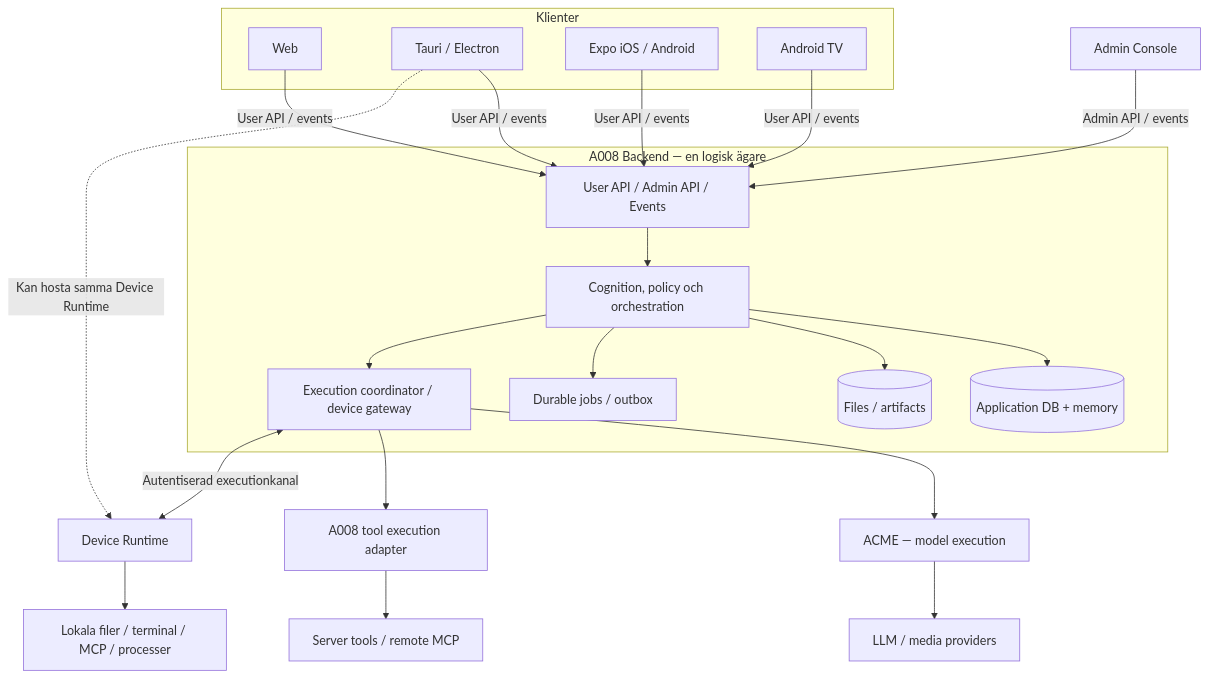
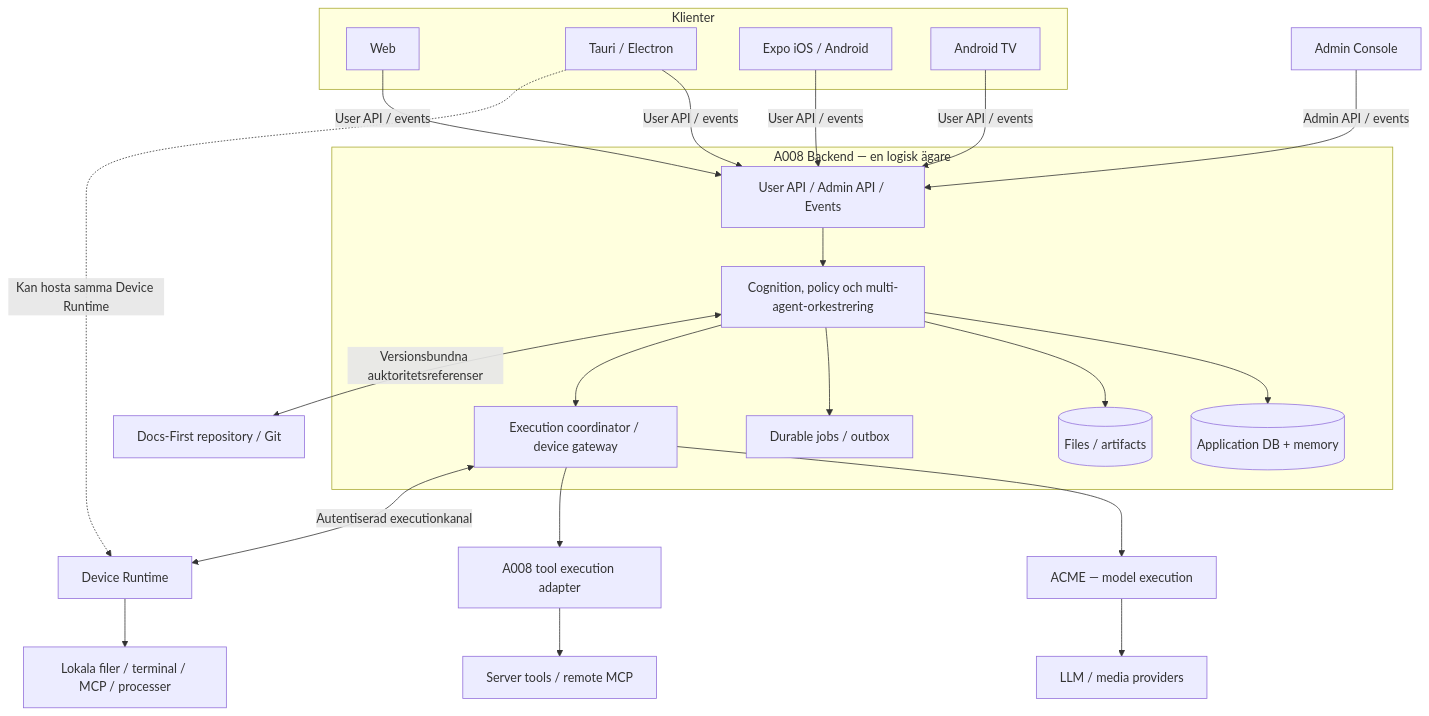
Before and after one commit to zackemannen81/A008: the first of 2 diagrams in docs/A008_PLATFORM_SPEC.md, drawn with Mermaid. The commit also changed other lines of this file and 6 other files, not shown here.

Commit message:
docs: integrate established multi-agent workflow into platform (A008-0157)

````diff
--- a/docs/A008_PLATFORM_SPEC.md
+++ b/docs/A008_PLATFORM_SPEC.md
@@ -109,35 +164,37 @@
 ```mermaid
 flowchart TB
     subgraph Clients["Klienter"]
         Web["Web"]
         Desktop["Tauri / Electron"]
         Mobile["Expo iOS / Android"]
         TV["Android TV"]
     end
     Admin["Admin Console"]
     subgraph Backend["A008 Backend — en logisk ägare"]
         API["User API / Admin API / Events"]
-        Core["Cognition, policy och orchestration"]
+        Core["Cognition, policy och multi-agent-orkestrering"]
         Dispatch["Execution coordinator / device gateway"]
         DB[("Application DB + memory")]
         Objects[("Files / artifacts")]
         Jobs["Durable jobs / outbox"]
     end
     ACME["ACME — model execution"]
     Tools["A008 tool execution adapter"]
     Providers["LLM / media providers"]
     MCP["Server tools / remote MCP"]
     Device["Device Runtime"]
     Local["Lokala filer / terminal / MCP / processer"]
+    Repo["Docs-First repository / Git"]
 
     Web & Desktop & Mobile & TV -->|"User API / events"| API
     Admin -->|"Admin API / events"| API
     API --> Core
     Core --> DB & Objects & Jobs
     Core --> Dispatch
+    Core <-->|"Versionsbundna auktoritetsreferenser"| Repo
     Dispatch --> ACME --> Providers
     Dispatch --> Tools --> MCP
     Dispatch <-->|"Autentiserad executionkanal"| Device
     Device --> Local
     Desktop -.->|"Kan hosta samma Device Runtime"| Device
 ```
````
